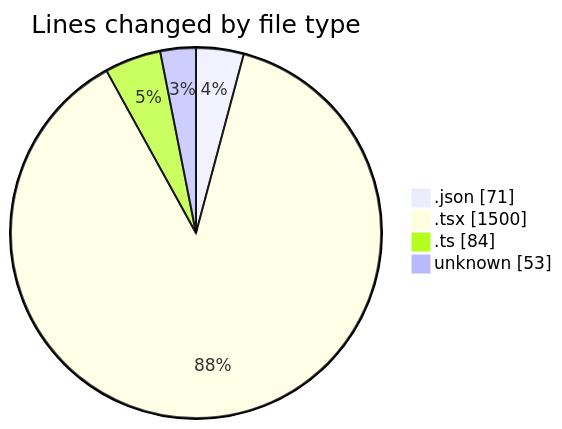
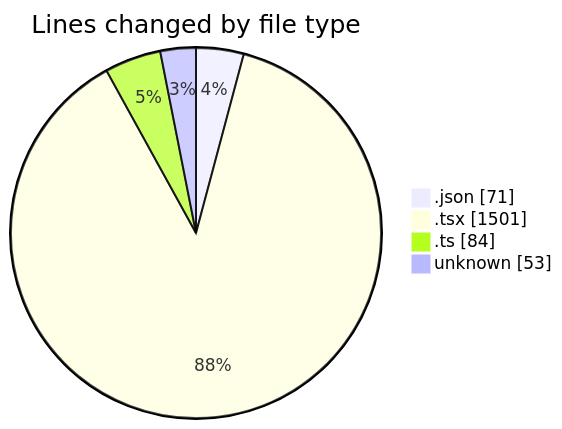
One commit to momahboobian/code-tracking changed the first of 2 diagrams in 2026-01-29/cda/README.md. Above: the diagram before and after it, drawn with Mermaid. The commit also changed other lines of this file and 1 other file, not shown here.

````diff
--- a/2026-01-29/cda/README.md
+++ b/2026-01-29/cda/README.md
@@ -23,8 +23,8 @@
 ```mermaid
 pie showData
 title Lines changed by file type
 ".json" : 71
-".tsx" : 1500
+".tsx" : 1501
 ".ts" : 84
 "unknown" : 53
 ```
````
